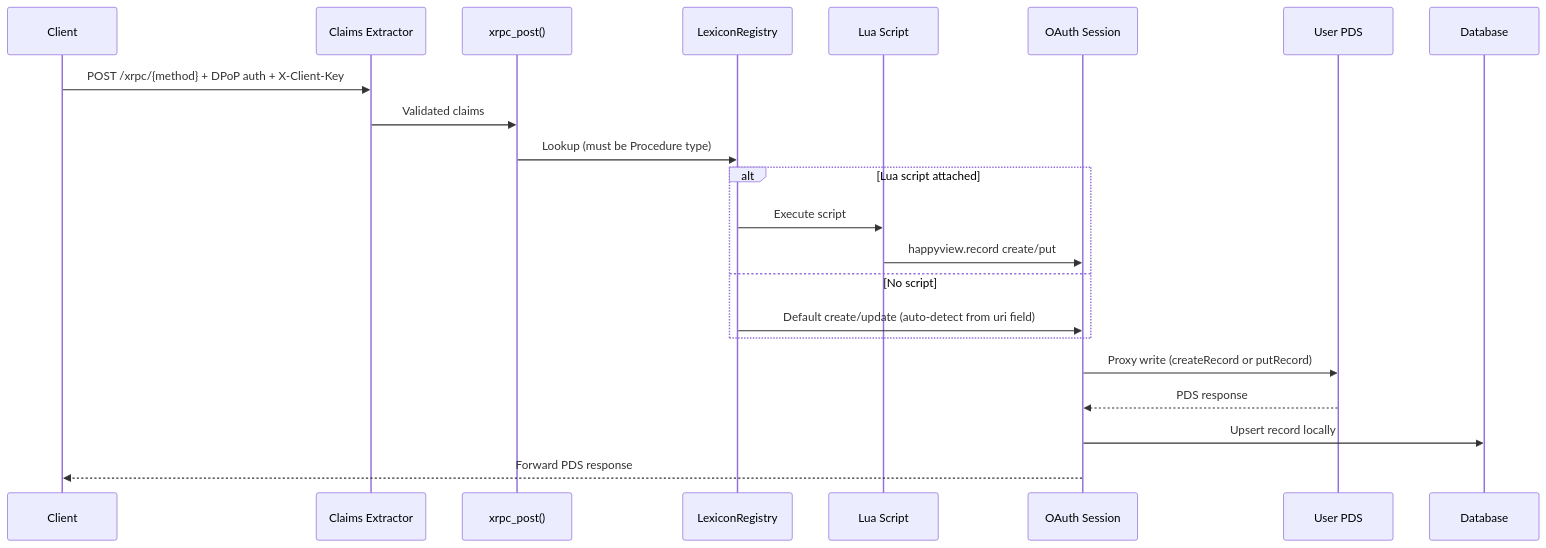
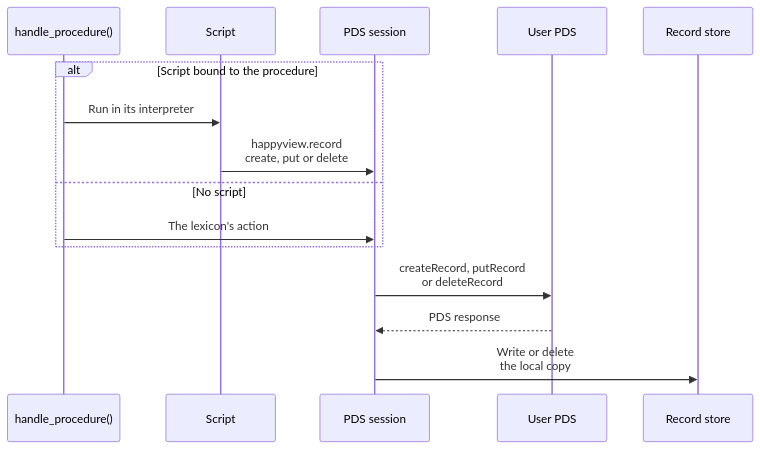
Before and after one commit to happyproto/happyview-docs: the fourth of 7 diagrams in src/content/docs/docs/architecture/index.md, drawn with Mermaid. The commit also changed other lines of this file and 126 other files, not shown here.

````diff
--- a/src/content/docs/docs/architecture/index.md
+++ b/src/content/docs/docs/architecture/index.md
@@ -70,26 +100,19 @@
 ```mermaid
 sequenceDiagram
-    accTitle: Writes (procedures)
-    participant C as Client
-    participant A as Claims Extractor
-    participant X as xrpc_post()
-    participant R as LexiconRegistry
-    participant L as Lua Script
-    participant S as OAuth Session
+    accTitle: Writes, from the procedure handler to the PDS
+    participant H as handle_procedure()
+    participant L as Script
+    participant S as PDS session
     participant P as User PDS
-    participant D as Database
+    participant D as Record store
 
-    C->>A: POST /xrpc/{method} + DPoP auth + X-Client-Key
-    A->>X: Validated claims
-    X->>R: Lookup (must be Procedure type)
-    alt Lua script attached
-        R->>L: Execute script
-        L->>S: happyview.record create/put
+    alt Script bound to the procedure
+        H->>L: Run in its interpreter
+        L->>S: happyview.record<br/>create, put or delete
     else No script
-        R->>S: Default create/update (auto-detect from uri field)
+        H->>S: The lexicon's action
     end
-    S->>P: Proxy write (createRecord or putRecord)
+    S->>P: createRecord, putRecord<br/>or deleteRecord
     P-->>S: PDS response
-    S->>D: Upsert record locally
-    S-->>C: Forward PDS response
+    S->>D: Write or delete<br/>the local copy
 ```
````
